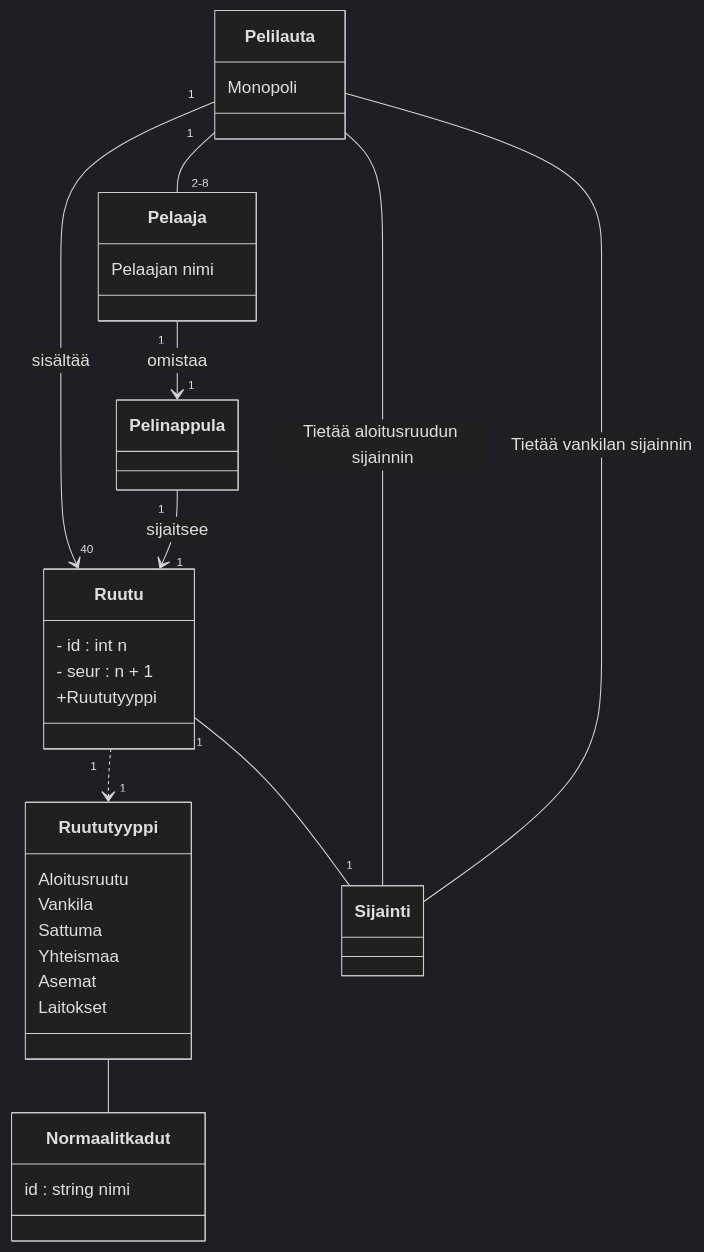
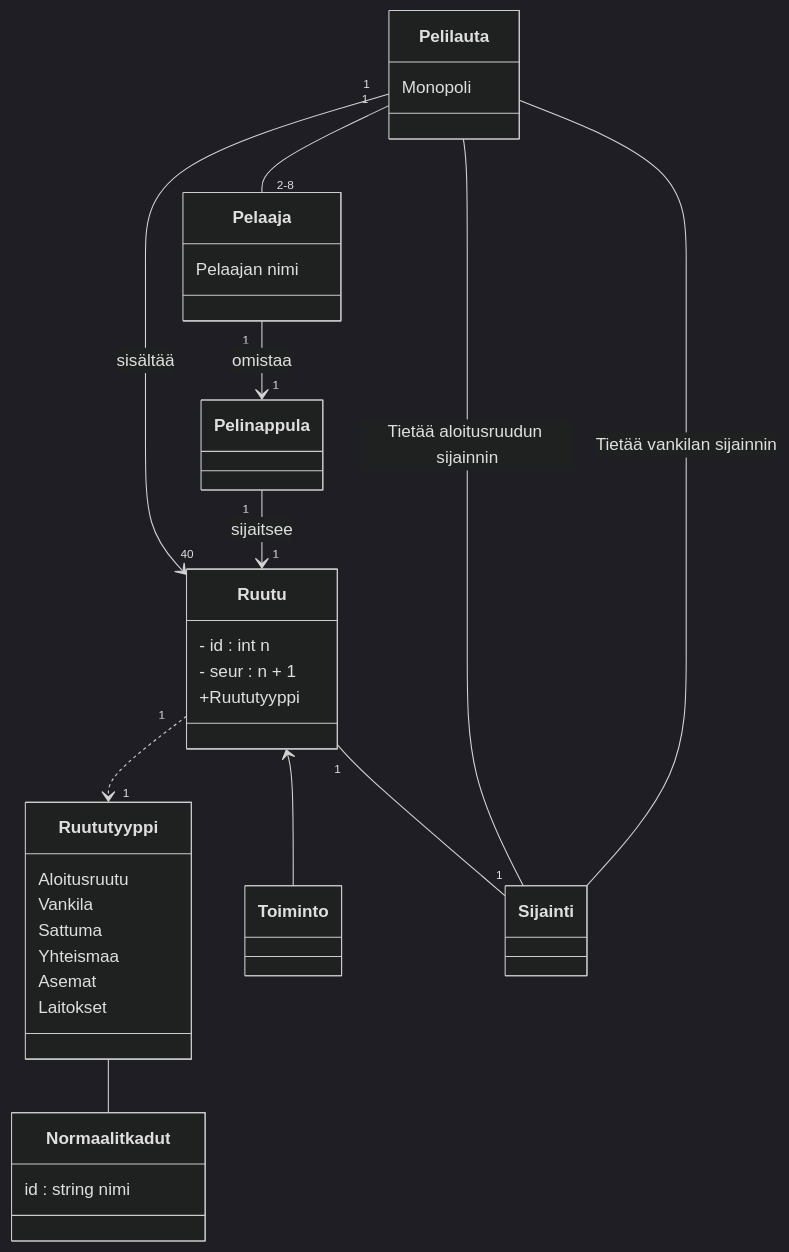
Before and after one commit to brotholi/ot-harjoitustyo: the diagram in laskarit/viikko3/monopoli.md, drawn with Mermaid (dark theme).

````diff
--- a/laskarit/viikko3/monopoli.md
+++ b/laskarit/viikko3/monopoli.md
@@ -1,58 +1,63 @@
 ```mermaid
  classDiagram
     
     
     class Pelaaja {
         Pelaajan nimi
     }
 
     class Pelilauta {
      Monopoli 
     }
     
     
     class Ruutu {
     - id : int n
     - seur : n + 1
      +Ruututyyppi 
     
     }
     
     class Ruututyyppi {
      Aloitusruutu
      Vankila
      Sattuma
      Yhteismaa
      Asemat
      Laitokset
    
     }
     
     
 
     class Normaalit kadut {
     id : string nimi
     }
          
     class Pelinappula {
     }
     
+    class Toiminto {
+    
+    }
+    
 
     Pelilauta "1" -- "2-8" Pelaaja
 
     Pelaaja "1" --> "1" Pelinappula : omistaa
     Pelilauta "1" --> "40" Ruutu : sisältää
     Pelinappula "1" --> "1" Ruutu : sijaitsee
 
     Ruutu "1" ..> "1" Ruututyyppi 
     Ruututyyppi -- Normaalit kadut
     Ruutu "1" -- "1" Sijainti
     
     Pelilauta -- Sijainti : Tietää aloitusruudun sijainnin
     Pelilauta -- Sijainti : Tietää vankilan sijainnin
     
+    Ruutu <-- Toiminto
     
 
 
     
 ```
````
